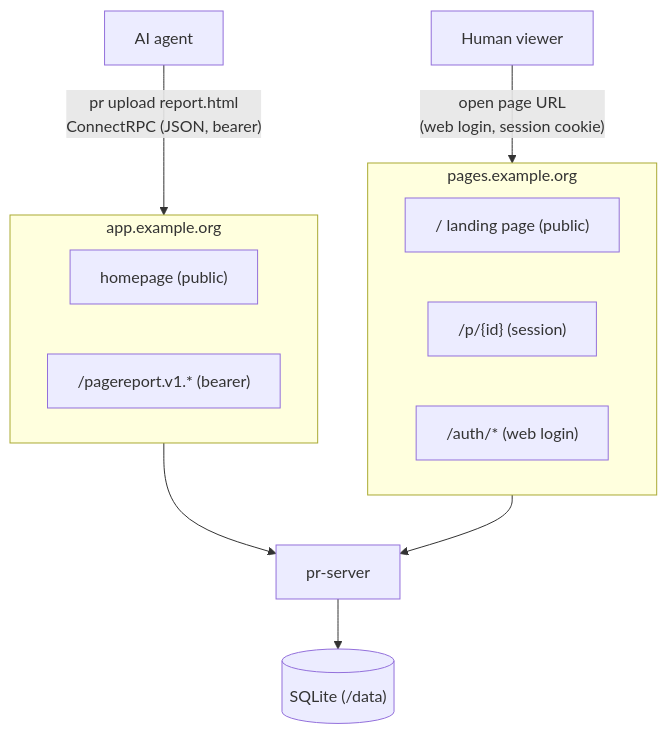
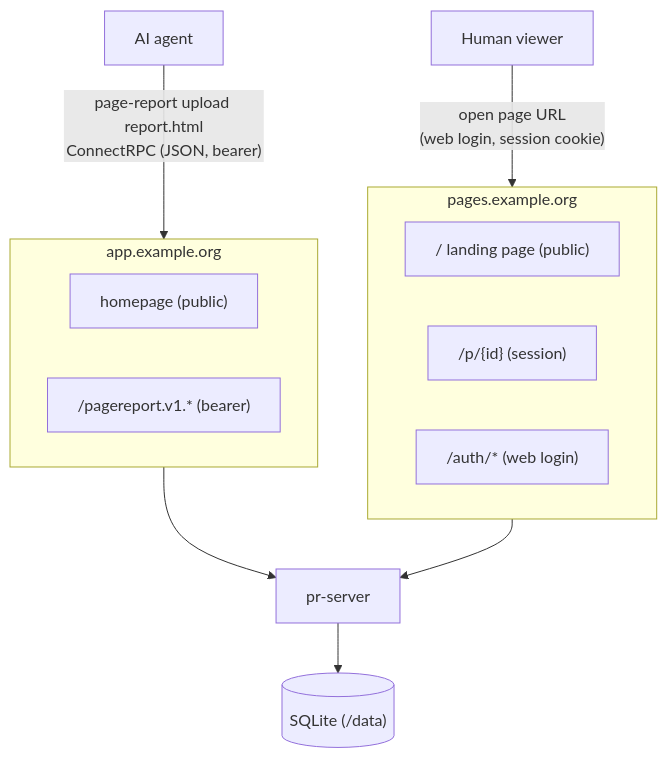
Before and after one commit to dusansimic/page-report: the diagram in README.md, drawn with Mermaid. The commit also changed other lines of this file and 8 other files, not shown here.

Commit message:
refactor(cli): rename binary from pr to page-report

````diff
--- a/README.md
+++ b/README.md
@@ -10,20 +11,20 @@
 ```mermaid
 flowchart TB
-    agent["AI agent"] -->|"pr upload report.html<br>ConnectRPC (JSON, bearer)"| app
+    agent["AI agent"] -->|"page-report upload report.html<br>ConnectRPC (JSON, bearer)"| app
     human["Human viewer"] -->|"open page URL<br>(web login, session cookie)"| pages
 
     subgraph app["app.example.org"]
         home["homepage (public)"]
         api["/pagereport.v1.* (bearer)"]
     end
 
     subgraph pages["pages.example.org"]
         landing["/ landing page (public)"]
         view["/p/{id} (session)"]
         auth["/auth/* (web login)"]
     end
 
     app --> server["pr-server"]
     pages --> server
     server --> db[("SQLite (/data)")]
 ```
````
